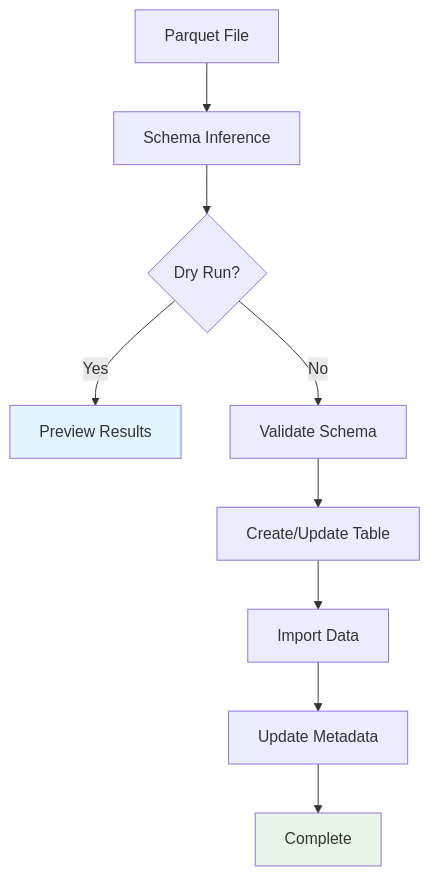
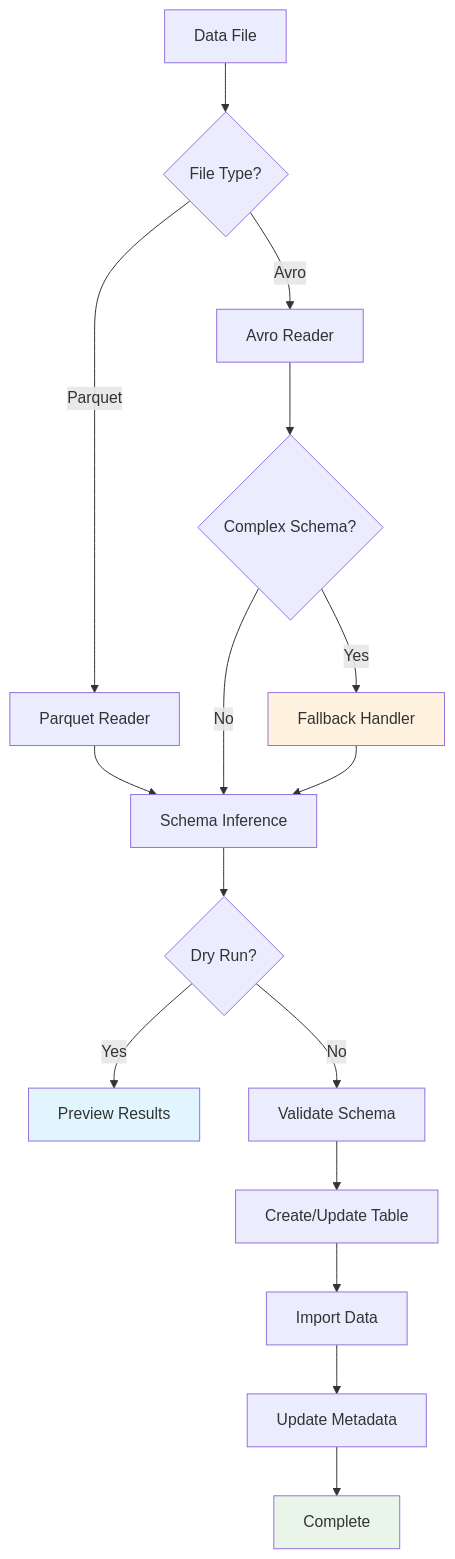
The fifth of 12 diagrams in docs/usage.md (lmangani/icebox), drawn with Mermaid before and after one commit. The commit also changed other lines of this file and 22 other files, not shown here.

Commit message:
Add Avro Import

````diff
--- a/docs/usage.md
+++ b/docs/usage.md
@@ -631,14 +718,22 @@
 ```mermaid
 graph TD
-    A[Parquet File] --> B[Schema Inference]
-    B --> C{Dry Run?}
-    C -->|Yes| D[Preview Results]
-    C -->|No| E[Validate Schema]
-    E --> F[Create/Update Table]
-    F --> G[Import Data]
-    G --> H[Update Metadata]
-    H --> I[Complete]
+    A[Data File] --> B{File Type?}
+    B -->|Parquet| C[Parquet Reader]
+    B -->|Avro| D[Avro Reader]
+    C --> E[Schema Inference]
+    D --> F{Complex Schema?}
+    F -->|No| E
+    F -->|Yes| G[Fallback Handler]
+    G --> E
+    E --> H{Dry Run?}
+    H -->|Yes| I[Preview Results]
+    H -->|No| J[Validate Schema]
+    J --> K[Create/Update Table]
+    K --> L[Import Data]
+    L --> M[Update Metadata]
+    M --> N[Complete]
     
-    style D fill:#e1f5fe
-    style I fill:#e8f5e8
+    style I fill:#e1f5fe
+    style G fill:#fff3e0
+    style N fill:#e8f5e8
 ```
````
